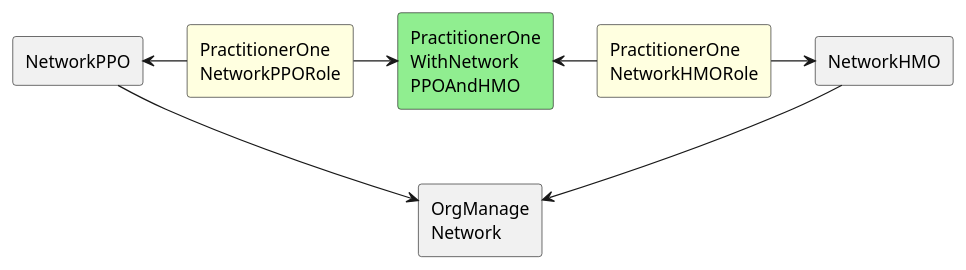
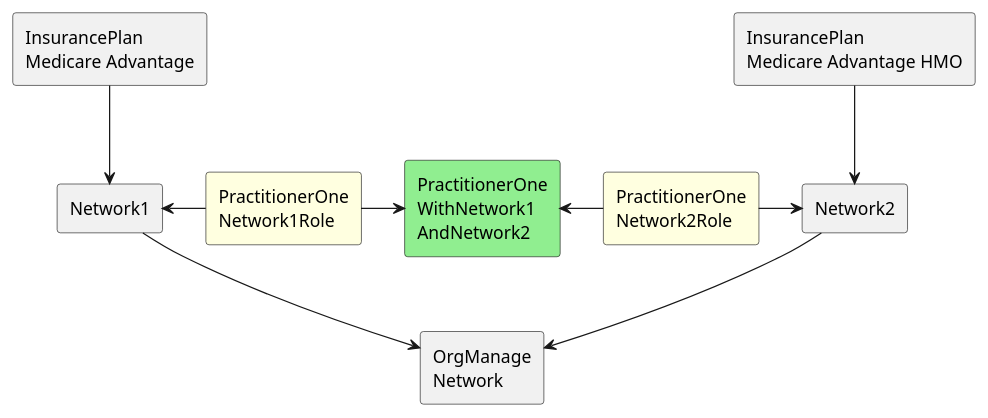
One commit to HL7/fhir-us-ndh changed the diagram in input/images-source/UsecaseRel.plantuml. Above: the diagram before and after it, drawn with PlantUML. The commit also changed 9 other files, not shown here.

```diff
--- a/input/images-source/UsecaseRel.plantuml
+++ b/input/images-source/UsecaseRel.plantuml
@@ -1,21 +1,25 @@
 @startuml
 
-agent "NetworkPPO" as NetworkPPO
-agent "NetworkHMO" as NetworkHMO
+agent "Network1" as Network1
+agent "Network2" as Network2
 agent "OrgManage\nNetwork" as OrgManageNetwork
-agent #LightGreen "PractitionerOne\nWithNetwork\nPPOAndHMO" as PractitionerOneWithNetworkPPOAndHMO
-agent #LightYellow "PractitionerOne\nNetworkPPORole" as PractitionerOneNetworkPPORole
-agent #LightYellow "PractitionerOne\nNetworkHMORole" as PractitionerOneNetworkHMORole
+agent #LightGreen "PractitionerOne\nWithNetwork1\nAndNetwork2" as PractitionerOneWithNetwork1AndNetwork2
+agent #LightYellow "PractitionerOne\nNetwork1Role" as PractitionerOneNetwork1Role
+agent #LightYellow "PractitionerOne\nNetwork2Role" as PractitionerOneNetwork2Role
+agent "InsurancePlan\nMedicare Advantage" as InsurancePlanMedicareAdvantage
+agent "InsurancePlan\nMedicare Advantage HMO" as InsurancePlanMedicareAdvantageHMO
 
 
-PractitionerOneNetworkPPORole -right-> PractitionerOneWithNetworkPPOAndHMO
-PractitionerOneNetworkPPORole -left-> NetworkPPO
+PractitionerOneNetwork1Role -right-> PractitionerOneWithNetwork1AndNetwork2
+PractitionerOneNetwork1Role -left-> Network1
 
-PractitionerOneNetworkHMORole -left-> PractitionerOneWithNetworkPPOAndHMO
-PractitionerOneNetworkHMORole -right-> NetworkHMO
-NetworkPPO -down-> OrgManageNetwork
-NetworkHMO -down-> OrgManageNetwork
+PractitionerOneNetwork2Role -left-> PractitionerOneWithNetwork1AndNetwork2
+PractitionerOneNetwork2Role -right-> Network2
+Network1 -down-> OrgManageNetwork
+Network2 -down-> OrgManageNetwork
 
+InsurancePlanMedicareAdvantage -down-> Network1
+InsurancePlanMedicareAdvantageHMO -down-> Network2
 
 
 @enduml
```
